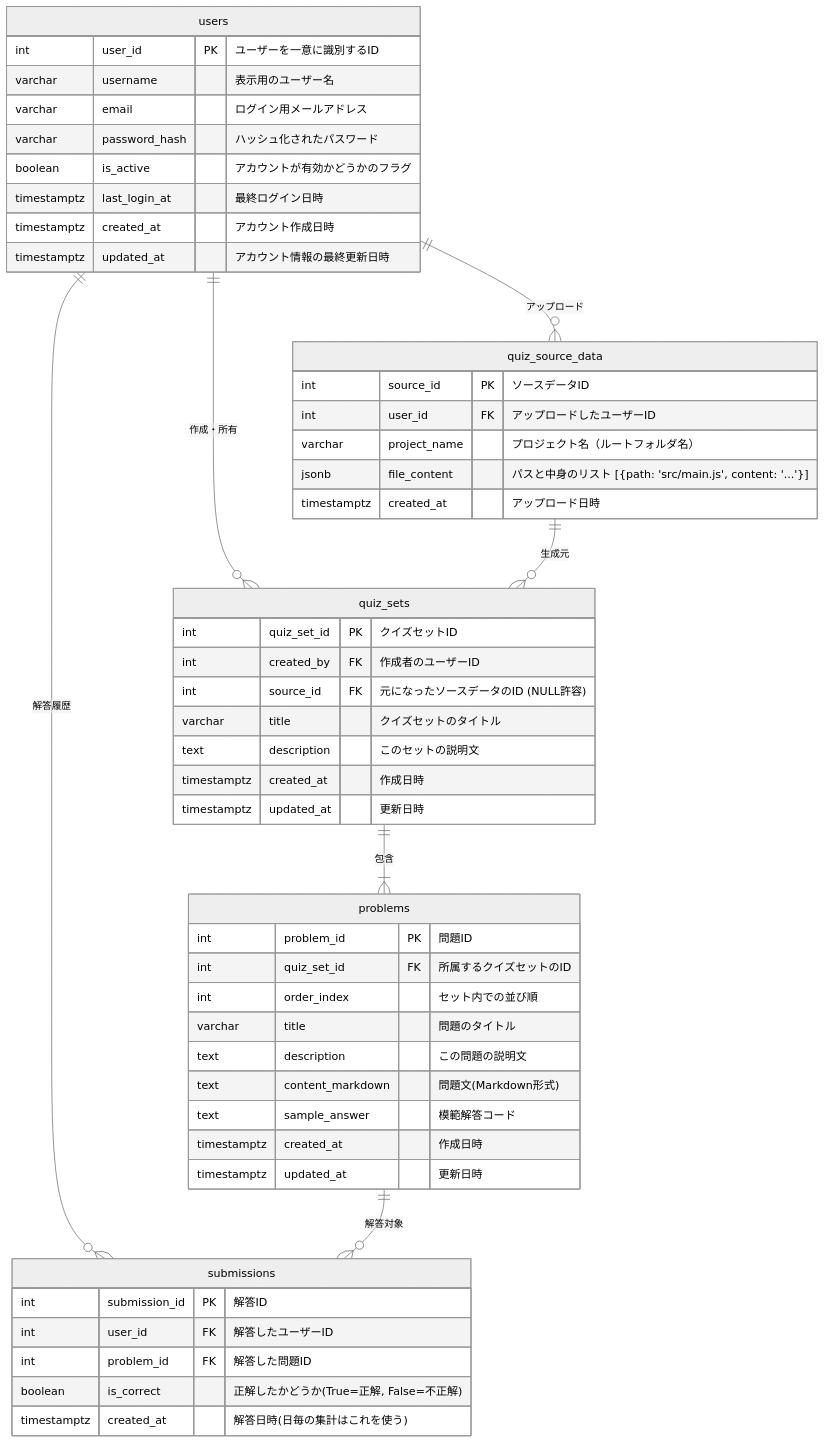
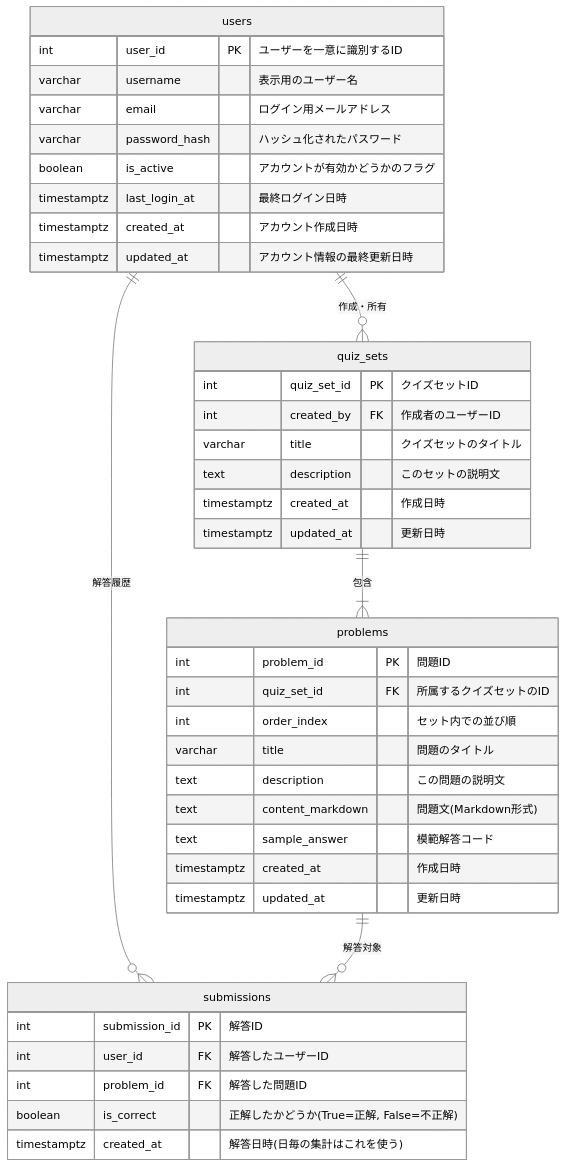
One commit to heyho99/under_code changed the diagram in design_docs/er-diagram.md. Above: the diagram before and after it, drawn with Mermaid (neutral theme). The commit also changed 4 other files, not shown here.

````diff
--- a/design_docs/er-diagram.md
+++ b/design_docs/er-diagram.md
@@ -1,64 +1,48 @@
 ```mermaid
 erDiagram
     users ||--o{ quiz_sets : "作成・所有"
     users ||--o{ submissions : "解答履歴"
     
-    %% --- 新規追加: ユーザーはソースデータをアップロードする ---
-    users ||--o{ quiz_source_data : "アップロード"
-
-    %% --- 変更: クイズセットはソースデータから作られる（手動作成の場合はNULLなので0以上） ---
-    quiz_source_data ||--o{ quiz_sets : "生成元"
-
     quiz_sets ||--|{ problems : "包含"
     problems ||--o{ submissions : "解答対象"
 
     users {
         int user_id PK "ユーザーを一意に識別するID"
         varchar username "表示用のユーザー名"
         varchar email "ログイン用メールアドレス"
         varchar password_hash "ハッシュ化されたパスワード"
         boolean is_active "アカウントが有効かどうかのフラグ"
         timestamptz last_login_at "最終ログイン日時"
         timestamptz created_at "アカウント作成日時"
         timestamptz updated_at "アカウント情報の最終更新日時"
     }
 
-    %% --- 新規テーブル: ファイル群の中身と構造をJSONで一元管理 ---
-    quiz_source_data {
-        int source_id PK "ソースデータID"
-        int user_id FK "アップロードしたユーザーID"
-        varchar project_name "プロジェクト名（ルートフォルダ名）"
-        jsonb file_content "パスと中身のリスト [{path: 'src/main.js', content: '...'}]"
-        timestamptz created_at "アップロード日時"
-    }
-
     quiz_sets {
         int quiz_set_id PK "クイズセットID"
         int created_by FK "作成者のユーザーID"
-        int source_id FK "元になったソースデータのID (NULL許容)" 
         varchar title "クイズセットのタイトル"
         text description "このセットの説明文"
         timestamptz created_at "作成日時"
         timestamptz updated_at "更新日時"
     }
 
     problems {
         int problem_id PK "問題ID"
         int quiz_set_id FK "所属するクイズセットのID"
         int order_index "セット内での並び順"
         varchar title "問題のタイトル"
         text description "この問題の説明文"        
         text content_markdown "問題文(Markdown形式)"
         text sample_answer "模範解答コード"
         timestamptz created_at "作成日時"
         timestamptz updated_at "更新日時"
     }
 
     submissions {
         int submission_id PK "解答ID"
         int user_id FK "解答したユーザーID"
         int problem_id FK "解答した問題ID"
         boolean is_correct "正解したかどうか(True=正解, False=不正解)"
         timestamptz created_at "解答日時(日毎の集計はこれを使う)"
     }
 ```
````
